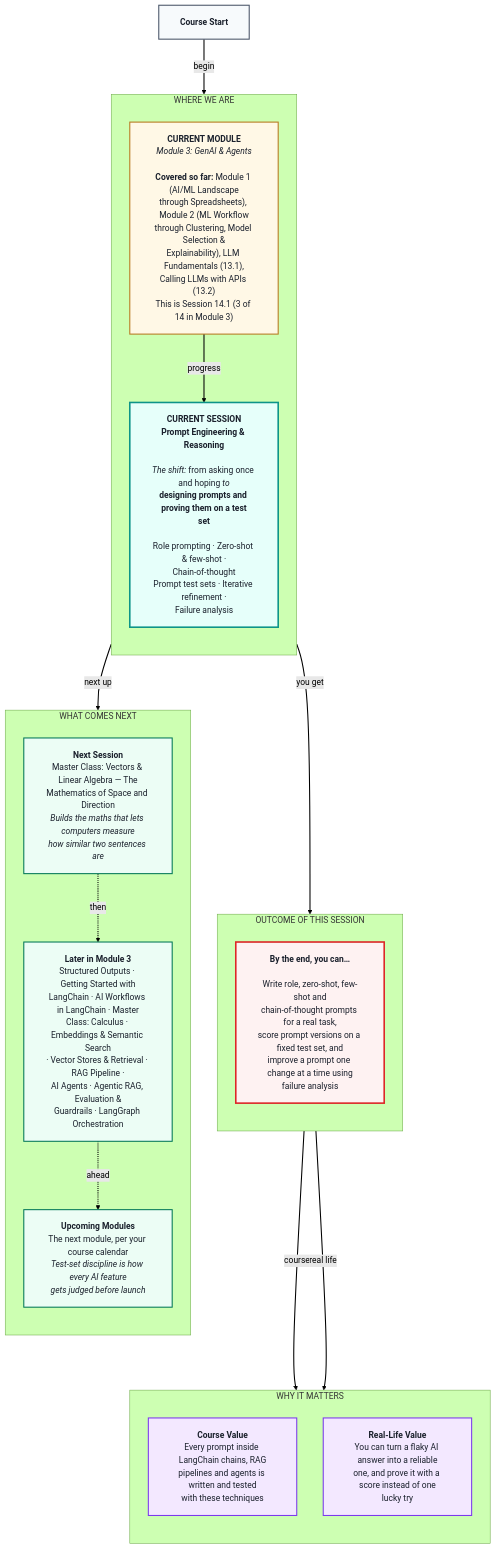
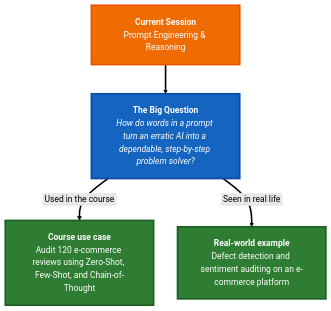
The diagram in IITP-AIML-TA-II-2607/module-03-genai-and-agents/lecture-03-prompt-engineering-and-reasoning/pre-read.md (MohammedAliazhar/azhar-curriculum), drawn with Mermaid (forest theme) before and after one commit. The commit also changed other lines of this file and 100 other files, not shown here.

````diff
--- a/IITP-AIML-TA-II-2607/module-03-genai-and-agents/lecture-03-prompt-engineering-and-reasoning/pre-read.md
+++ b/IITP-AIML-TA-II-2607/module-03-genai-and-agents/lecture-03-prompt-engineering-and-reasoning/pre-read.md
@@ -5,55 +5,22 @@
 ```mermaid
-%%{init: {'flowchart': {'htmlLabels': true, 'nodeSpacing': 50, 'rankSpacing': 80, 'padding': 20}}}%%
+%%{init: {'flowchart': {'nodeSpacing': 45, 'rankSpacing': 55, 'padding': 20}}}%%
 flowchart TB
+  CUR["<b>Current Session</b><br/>Prompt Engineering & Reasoning"]
+  Q["<b>The Big Question</b><br/><i>How do words in a prompt turn an erratic AI into a dependable, step-by-step problem solver?</i>"]
+  CV["<b>Course use case</b><br/>Audit 120 e-commerce reviews using Zero-Shot, Few-Shot, and Chain-of-Thought"]
+  RL["<b>Real-world example</b><br/>Defect detection and sentiment auditing on an e-commerce platform"]
 
-START["<b>Course Start</b>"]
+  CUR ==> Q
+  Q ==>|&nbsp;Used in the course&nbsp;| CV
+  Q ==>|&nbsp;Seen in real life&nbsp;| RL
 
-subgraph foundation[" WHERE WE ARE "]
-direction TB
-    CURMOD["<b>CURRENT MODULE</b><br/><i>Module 3: GenAI &amp; Agents</i><br/>&nbsp;<br/><b>Covered so far:</b> Module 1 (AI/ML Landscape<br/>through Spreadsheets), Module 2 (ML Workflow<br/>through Clustering, Model Selection &amp;<br/>Explainability), LLM Fundamentals (13.1),<br/>Calling LLMs with APIs (13.2)<br/>This is Session 14.1 (3 of 14 in Module 3)"]
-    CURSES["<b>CURRENT SESSION</b><br/><b>Prompt Engineering &amp; Reasoning</b><br/>&nbsp;<br/><i>The shift:</i> from asking once and hoping <i>to</i><br/><b>designing prompts and proving them on a test<br/>set</b><br/>&nbsp;<br/>Role prompting · Zero-shot &amp; few-shot ·<br/>Chain-of-thought<br/>Prompt test sets · Iterative refinement ·<br/>Failure analysis"]
-end
+  classDef currSes fill:#ef6c00,stroke:#e65100,color:#ffffff,stroke-width:3px
+  classDef ask fill:#1565c0,stroke:#0d47a1,color:#ffffff,stroke-width:3px
+  classDef val fill:#2e7d32,stroke:#1b5e20,color:#ffffff,stroke-width:3px
 
-subgraph outcome[" OUTCOME OF THIS SESSION "]
-direction TB
-    OUT["<b>By the end, you can…</b><br/>&nbsp;<br/>Write role, zero-shot, few-shot and<br/>chain-of-thought prompts for a real task,<br/>score prompt versions on a fixed test set, and<br/>improve a prompt one change at a time using<br/>failure analysis"]
-end
+  class CUR currSes
+  class Q ask
+  class CV,RL val
 
-subgraph value[" WHY IT MATTERS "]
-direction TB
-    CVAL["<b>Course Value</b><br/>Every prompt inside LangChain chains, RAG<br/>pipelines and agents is written and tested<br/>with these techniques"]
-    RVAL["<b>Real-Life Value</b><br/>You can turn a flaky AI answer into a reliable<br/>one, and prove it with a score instead of one<br/>lucky try"]
-end
-
-subgraph future[" WHAT COMES NEXT "]
-direction TB
-    U0["<b>Next Session</b><br/>Master Class: Vectors &amp; Linear Algebra — The<br/>Mathematics of Space and Direction<br/><i>Builds the maths that lets computers measure<br/>how similar two sentences are</i>"]
-    U1["<b>Later in Module 3</b><br/>Structured Outputs · Getting Started with<br/>LangChain · AI Workflows in LangChain · Master<br/>Class: Calculus · Embeddings &amp; Semantic Search<br/>· Vector Stores &amp; Retrieval · RAG Pipeline ·<br/>AI Agents · Agentic RAG, Evaluation &amp;<br/>Guardrails · LangGraph Orchestration"]
-    U2["<b>Upcoming Modules</b><br/>The next module, per your course calendar<br/><i>Test-set discipline is how every AI feature<br/>gets judged before launch</i>"]
-end
-
-START ==>|" begin "| CURMOD
-CURMOD ==>|" progress "| CURSES
-CURSES ==>|" you get "| OUT
-OUT ==>|" course "| CVAL
-OUT ==>|" real life "| RVAL
-CURSES ==>|" next up "| U0
-U0 -.->|" then "| U1
-U1 -.->|" ahead "| U2
-
-classDef startBox fill:#F7FAFC,stroke:#4A5568,stroke-width:2px,color:#1A202C
-classDef curModBox fill:#FFF8E6,stroke:#B7791F,stroke-width:2px,color:#1A202C
-classDef curSessBox fill:#E6FFFA,stroke:#0D9488,stroke-width:3px,color:#1A202C
-classDef outBox fill:#FEF2F2,stroke:#DC2626,stroke-width:3px,color:#1A202C
-classDef valueBox fill:#F3E8FF,stroke:#7C3AED,stroke-width:2px,color:#1A202C
-classDef futureBox fill:#ECFDF5,stroke:#047857,stroke-width:2px,color:#1A202C
-
-class START startBox
-class CURMOD curModBox
-class CURSES curSessBox
-class OUT outBox
-class CVAL,RVAL valueBox
-class U0,U1,U2 futureBox
-
-linkStyle default stroke-width:2px
+  linkStyle default stroke-width:3px
 ```
````
